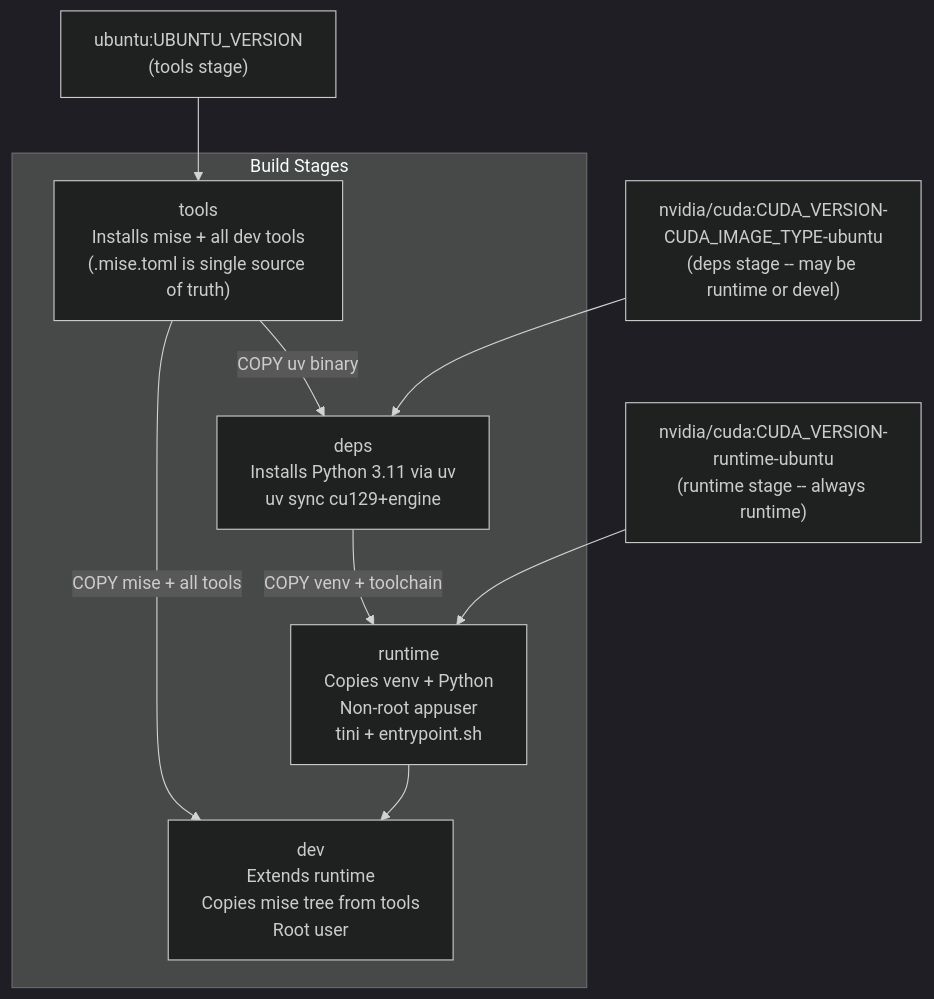
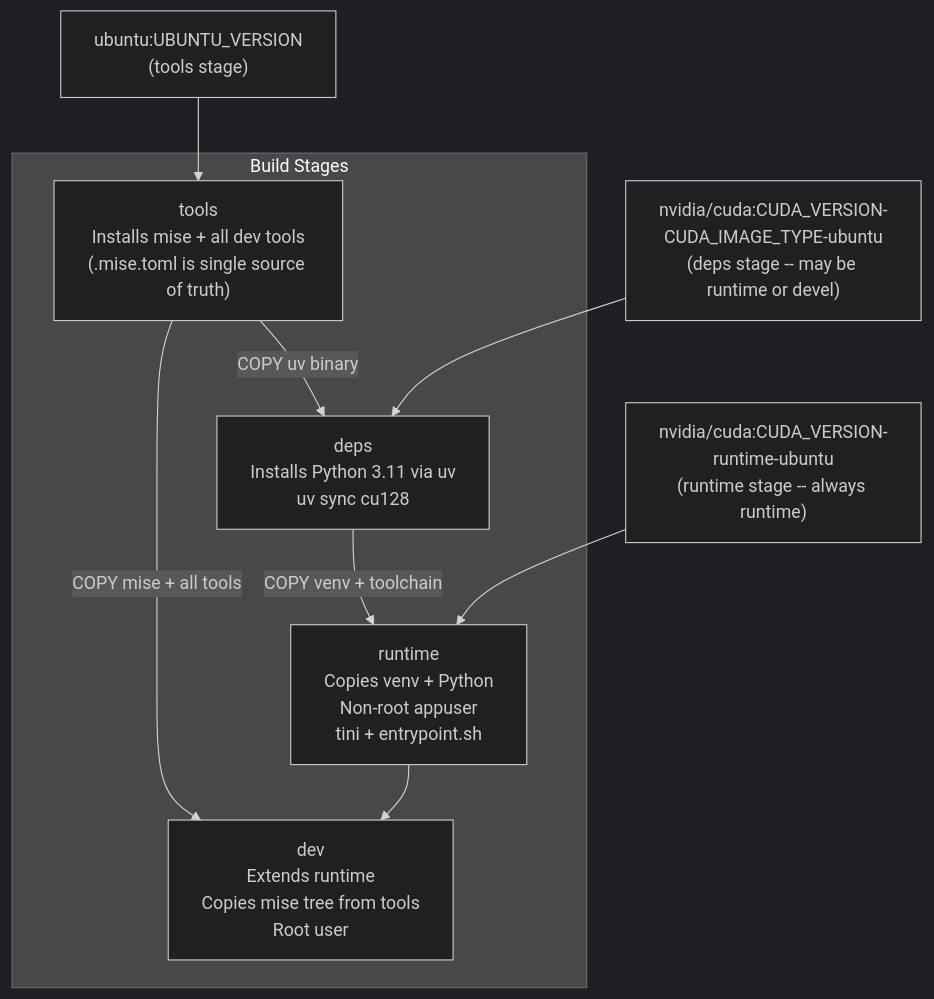
Before and after one commit to NVIDIA-NeMo/Safe-Synthesizer: the diagram in docs/developer-guide/docker.md, drawn with Mermaid (dark theme). The commit also changed other lines of this file and 25 other files, not shown here.

````diff
--- a/docs/developer-guide/docker.md
+++ b/docs/developer-guide/docker.md
@@ -19,21 +19,21 @@
 ```mermaid
 flowchart TD
     ubuntuBase["ubuntu:UBUNTU_VERSION\n(tools stage)"]
     cudaBuild["nvidia/cuda:CUDA_VERSION-CUDA_IMAGE_TYPE-ubuntu\n(deps stage -- may be runtime or devel)"]
     cudaRuntime["nvidia/cuda:CUDA_VERSION-runtime-ubuntu\n(runtime stage -- always runtime)"]
 
     subgraph stages [Build Stages]
         tools["tools\nInstalls mise + all dev tools\n(.mise.toml is single source of truth)"]
-        deps["deps\nInstalls Python 3.11 via uv\nuv sync cu129+engine"]
+        deps["deps\nInstalls Python 3.11 via uv\nuv sync cu128"]
         runtime["runtime\nCopies venv + Python\nNon-root appuser\ntini + entrypoint.sh"]
         dev["dev\nExtends runtime\nCopies mise tree from tools\nRoot user"]
     end
 
     ubuntuBase --> tools
     tools -->|"COPY uv binary"| deps
     cudaBuild --> deps
     deps -->|"COPY venv + toolchain"| runtime
     cudaRuntime --> runtime
     runtime --> dev
     tools -->|"COPY mise + all tools"| dev
 ```
````
